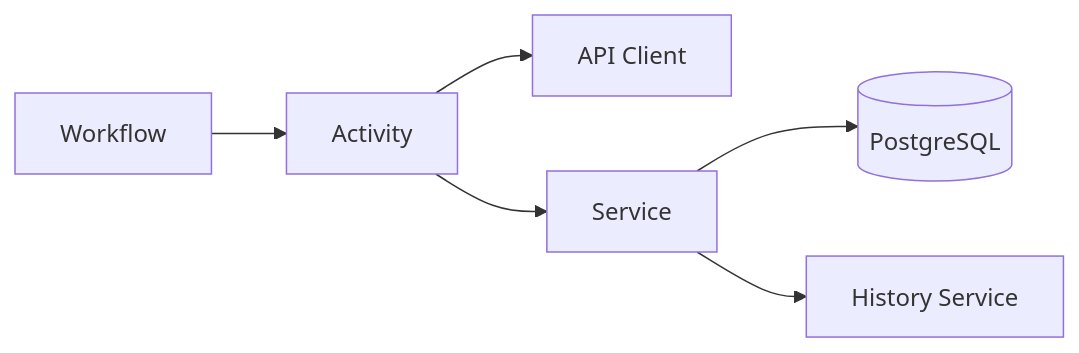
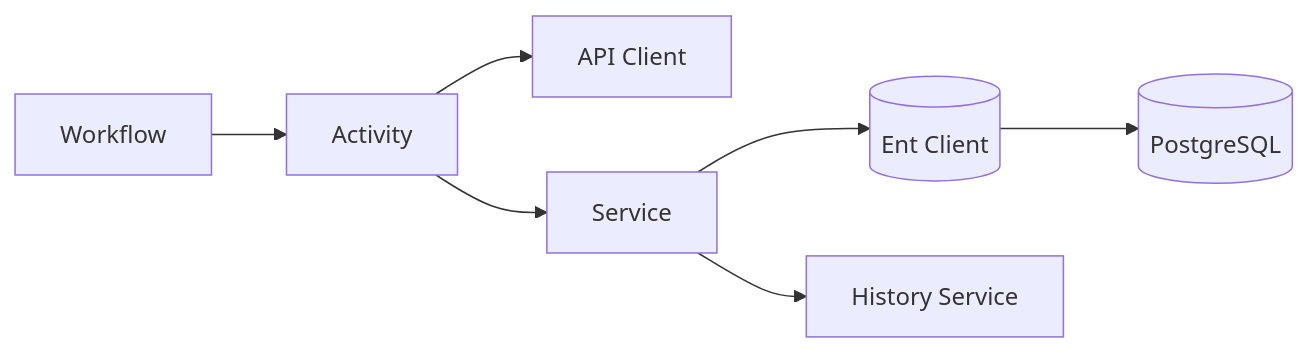
The diagram in docs/guides/ACTIVITIES.md (dannyota/hotpot), drawn with Mermaid before and after one commit. The commit also changed other lines of this file and 7 other files, not shown here.

````diff
--- a/docs/guides/ACTIVITIES.md
+++ b/docs/guides/ACTIVITIES.md
@@ -5,8 +5,9 @@
 ```mermaid
 flowchart LR
     Workflow --> Activity
     Activity --> Client[API Client]
     Activity --> Service
-    Service --> DB[(PostgreSQL)]
+    Service --> Ent[(Ent Client)]
+    Ent --> DB[(PostgreSQL)]
     Service --> History[History Service]
 ```
````
